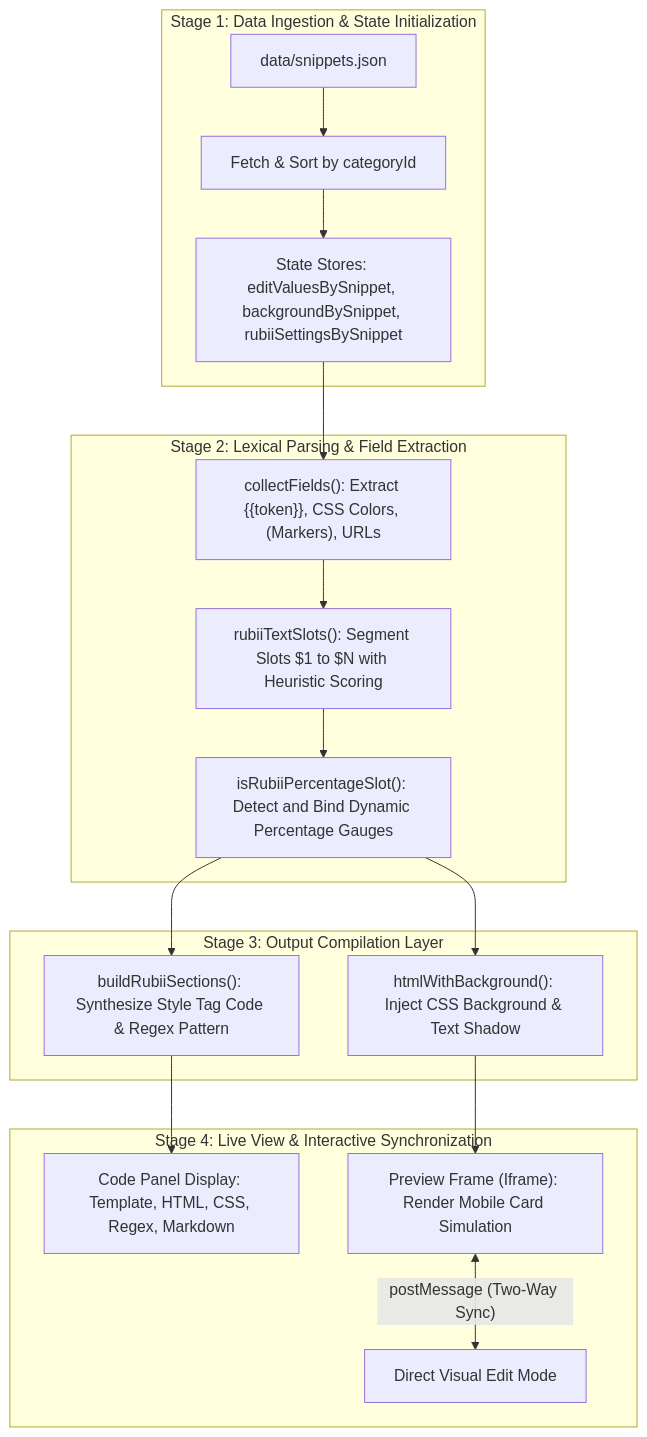
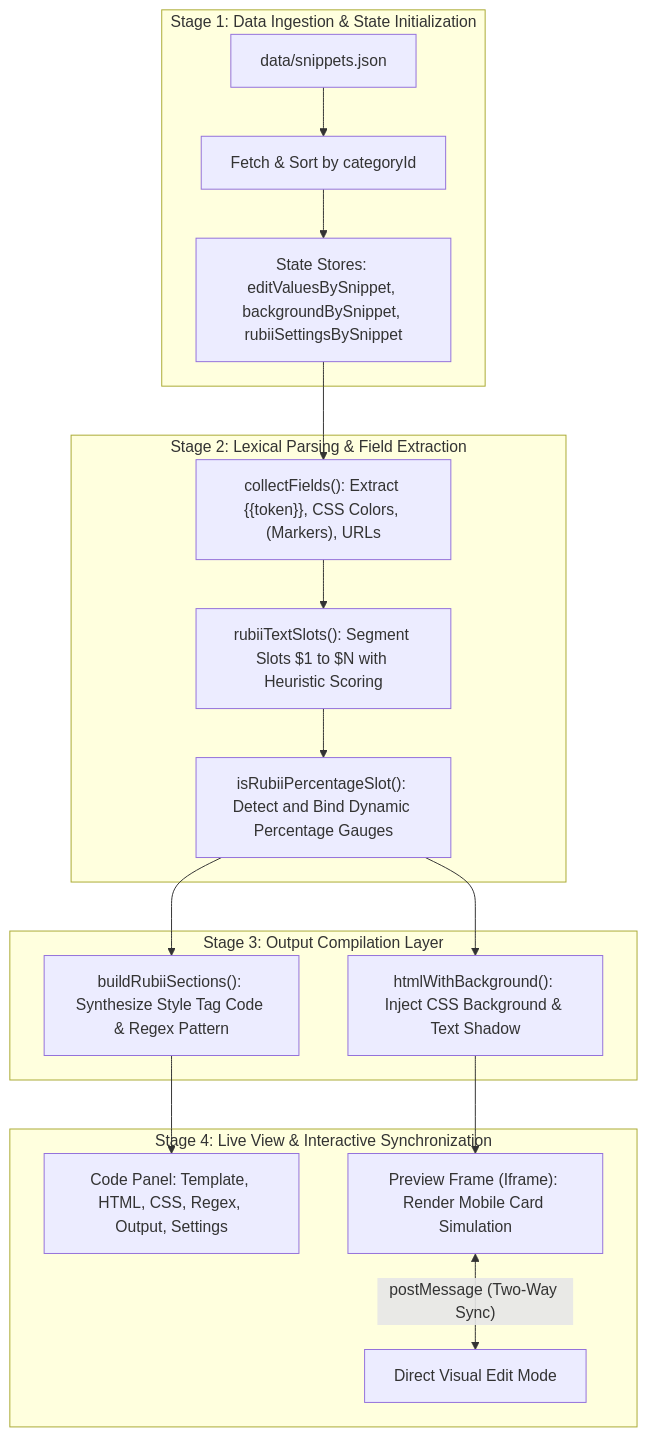
Before and after one commit to jadesolju/Snippet-Studio: the first of 7 diagrams in RUBII_CODE_STUDY_AND_ARCHITECTURE_RESEARCH.md, drawn with Mermaid. The commit also changed other lines of this file and 8 other files, not shown here.

````diff
--- a/RUBII_CODE_STUDY_AND_ARCHITECTURE_RESEARCH.md
+++ b/RUBII_CODE_STUDY_AND_ARCHITECTURE_RESEARCH.md
@@ -48,24 +52,24 @@
 ```mermaid
 flowchart TD
     subgraph Data["Stage 1: Data Ingestion & State Initialization"]
         D1["data/snippets.json"] --> D2["Fetch & Sort by categoryId"]
         D2 --> D3["State Stores: editValuesBySnippet, backgroundBySnippet, rubiiSettingsBySnippet"]
     end
 
     subgraph ParserEngine["Stage 2: Lexical Parsing & Field Extraction"]
         D3 --> P1["collectFields(): Extract {{token}}, CSS Colors, (Markers), URLs"]
         P1 --> P2["rubiiTextSlots(): Segment Slots $1 to $N with Heuristic Scoring"]
         P2 --> P3["isRubiiPercentageSlot(): Detect and Bind Dynamic Percentage Gauges"]
     end
 
     subgraph Compiler["Stage 3: Output Compilation Layer"]
         P3 --> C1["buildRubiiSections(): Synthesize Style Tag Code & Regex Pattern"]
         P3 --> C2["htmlWithBackground(): Inject CSS Background & Text Shadow"]
     end
 
     subgraph Render["Stage 4: Live View & Interactive Synchronization"]
-        C1 --> R1["Code Panel Display: Template, HTML, CSS, Regex, Markdown"]
+        C1 --> R1["Code Panel: Template, HTML, CSS, Regex, Output, Settings"]
         C2 --> R2["Preview Frame (Iframe): Render Mobile Card Simulation"]
         R2 <-->|"postMessage (Two-Way Sync)"| R3["Direct Visual Edit Mode"]
     end
 ```
````
